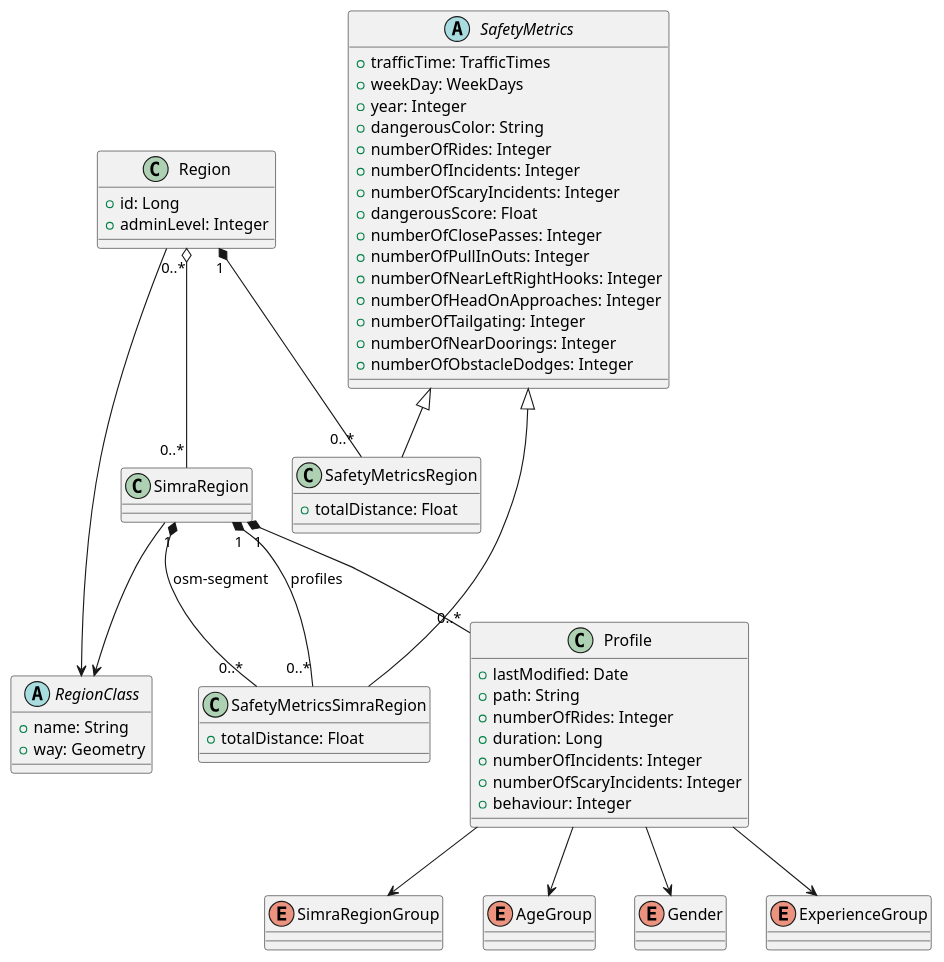
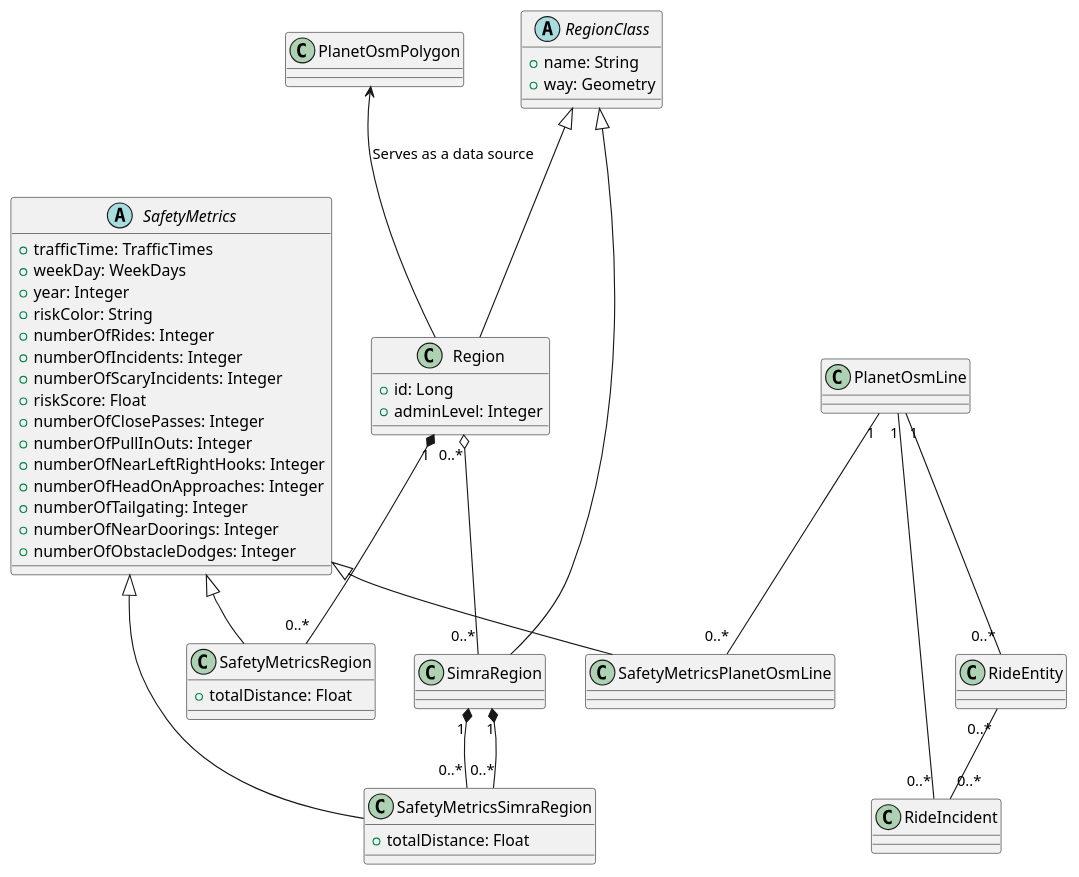
The diagram in documentation/uml/RegionEntity.puml (KonsumGandalf/simra), drawn with PlantUML before and after one commit. The commit also changed 14 other files, not shown here.

```diff
--- a/documentation/uml/RegionEntity.puml
+++ b/documentation/uml/RegionEntity.puml
@@ -1,76 +1,60 @@
 @startuml
 
 abstract class SafetyMetrics {
   + trafficTime: TrafficTimes
   + weekDay: WeekDays
   + year: Integer
-  + dangerousColor: String
+  + riskColor: String
   + numberOfRides: Integer
   + numberOfIncidents: Integer
   + numberOfScaryIncidents: Integer
-  + dangerousScore: Float
+  + riskScore: Float
   + numberOfClosePasses: Integer
   + numberOfPullInOuts: Integer
   + numberOfNearLeftRightHooks: Integer
   + numberOfHeadOnApproaches: Integer
   + numberOfTailgating: Integer
   + numberOfNearDoorings: Integer
   + numberOfObstacleDodges: Integer
 }
 
 ' === Subclasses of SafetyMetrics ===
 class SafetyMetricsRegion {
   + totalDistance: Float
 }
 
 class SafetyMetricsSimraRegion {
   + totalDistance: Float
 }
 
 SafetyMetrics <|-- SafetyMetricsRegion
 SafetyMetrics <|-- SafetyMetricsSimraRegion
 
 abstract class RegionClass {
   + name: String
   + way: Geometry
 }
-class Region {
+class Region extends RegionClass {
   + id: Long
   + adminLevel: Integer
 }
 
-class SimraRegion {
+class SimraRegion extends RegionClass {
 }
 
-Region --> RegionClass
-SimraRegion --> RegionClass
+class SafetyMetricsPlanetOsmLine extends SafetyMetrics{
+}
+PlanetOsmLine "1" -- "0..*" SafetyMetricsPlanetOsmLine
+PlanetOsmLine "1" -- "0..*" RideIncident
+PlanetOsmLine "1" -- "0..*" RideEntity
+RideEntity "0..*" -- "0..*" RideIncident
 
-class Profile {
-  + lastModified: Date
-  + path: String
-  + numberOfRides: Integer
-  + duration: Long
-  + numberOfIncidents: Integer
-  + numberOfScaryIncidents: Integer
-  + behaviour: Integer
-}
-
-' === Enums ===
-enum SimraRegionGroup
-enum AgeGroup
-enum Gender
-enum ExperienceGroup
 
 Region "0..*" o-- "0..*" SimraRegion
 Region "1" *-- "0..*" SafetyMetricsRegion
 
-SimraRegion "1" *-- "0..*" SafetyMetricsSimraRegion: profiles
-SimraRegion "1" *-- "0..*" SafetyMetricsSimraRegion: osm-segment
-SimraRegion "1" *-- "0..*" Profile
+SimraRegion "1" *-- "0..*" SafetyMetricsSimraRegion
+SimraRegion "1" *-- "0..*" SafetyMetricsSimraRegion
 
-Profile --> SimraRegionGroup
-Profile --> AgeGroup
-Profile --> Gender
-Profile --> ExperienceGroup
-
+PlanetOsmPolygon <-- Region: Serves as a data source
 @enduml
```
